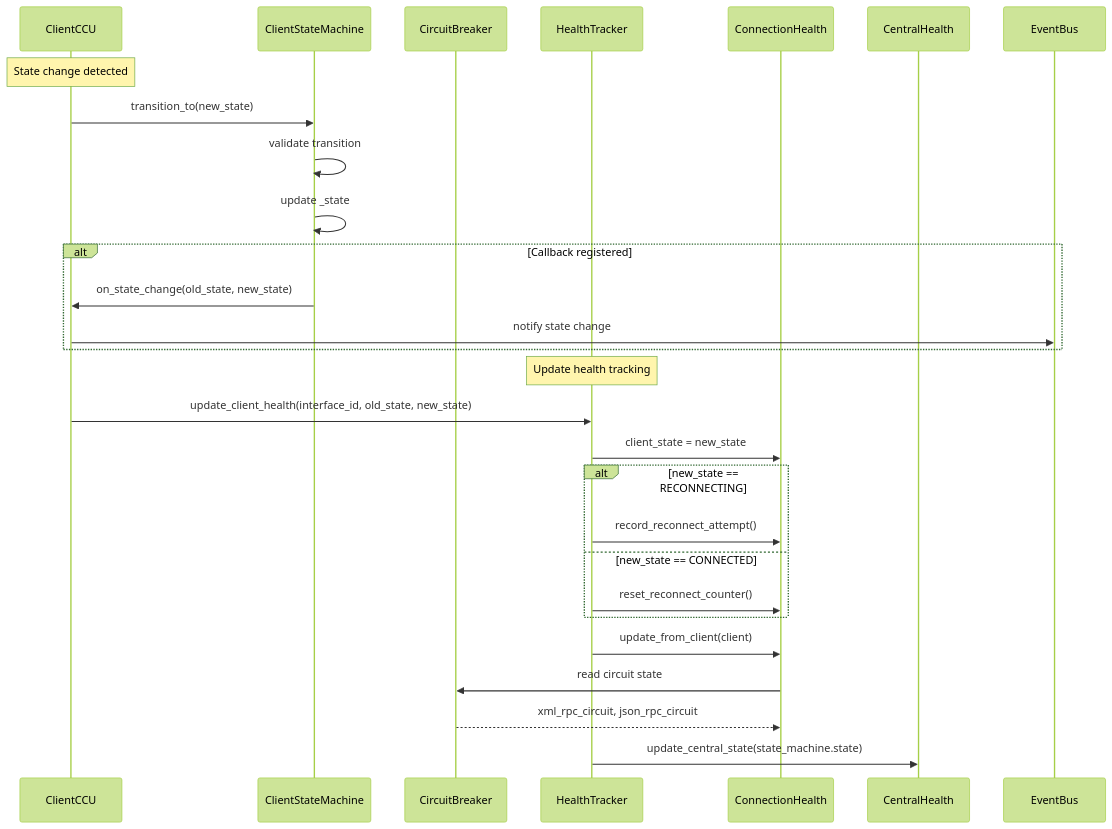
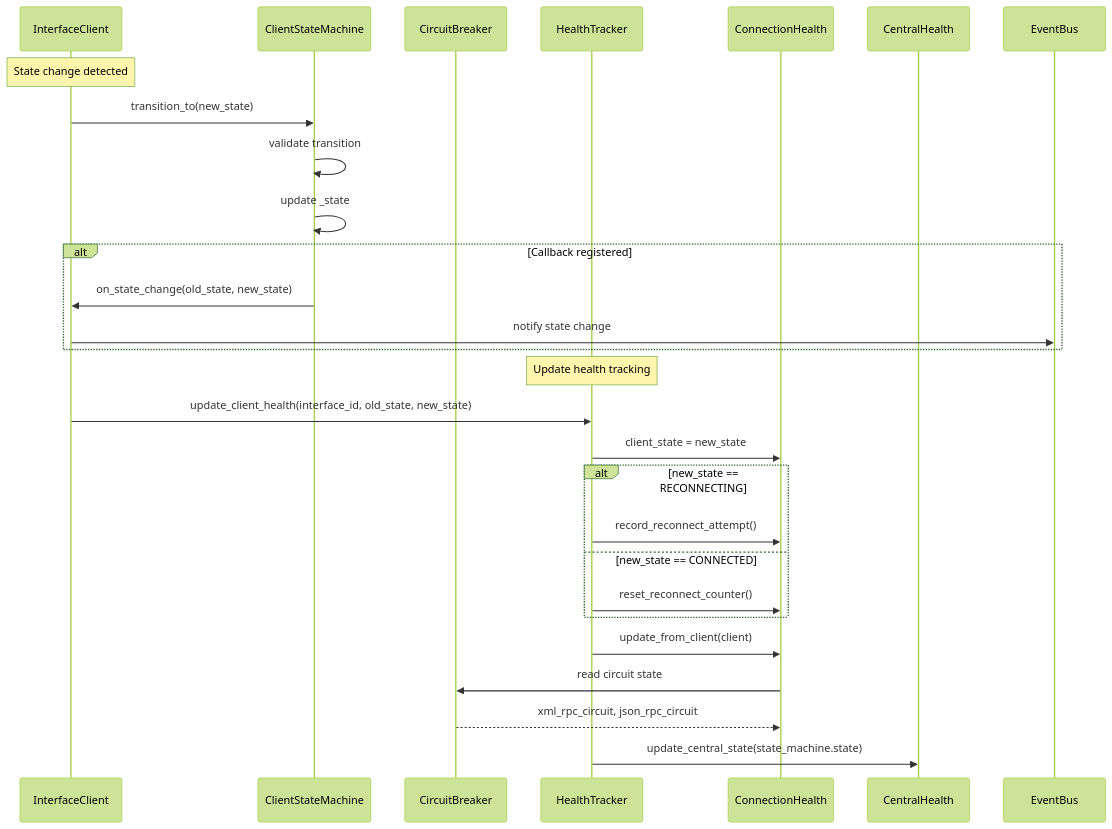
One commit to SukramJ/aiohomematic changed diagram 13 of 17 in docs/architecture/sequence_diagrams.md. Above: the diagram before and after it, drawn with Mermaid (forest theme). The commit also changed other lines of this file and 13 other files, not shown here.

````diff
--- a/docs/architecture/sequence_diagrams.md
+++ b/docs/architecture/sequence_diagrams.md
@@ -1105,36 +1112,36 @@
 ```mermaid
 sequenceDiagram
-    participant Client as ClientCCU
+    participant Client as InterfaceClient
     participant CSM as ClientStateMachine
     participant CB as CircuitBreaker
     participant HT as HealthTracker
     participant CH as ConnectionHealth
     participant CnH as CentralHealth
     participant EB as EventBus
 
     Note over Client: State change detected
     Client->>CSM: transition_to(new_state)
     CSM->>CSM: validate transition
     CSM->>CSM: update _state
 
     alt Callback registered
         CSM->>Client: on_state_change(old_state, new_state)
         Client->>EB: notify state change
     end
 
     Note over HT: Update health tracking
     Client->>HT: update_client_health(interface_id, old_state, new_state)
     HT->>CH: client_state = new_state
 
     alt new_state == RECONNECTING
         HT->>CH: record_reconnect_attempt()
     else new_state == CONNECTED
         HT->>CH: reset_reconnect_counter()
     end
 
     HT->>CH: update_from_client(client)
     CH->>CB: read circuit state
     CB-->>CH: xml_rpc_circuit, json_rpc_circuit
 
     HT->>CnH: update_central_state(state_machine.state)
 ```
````
